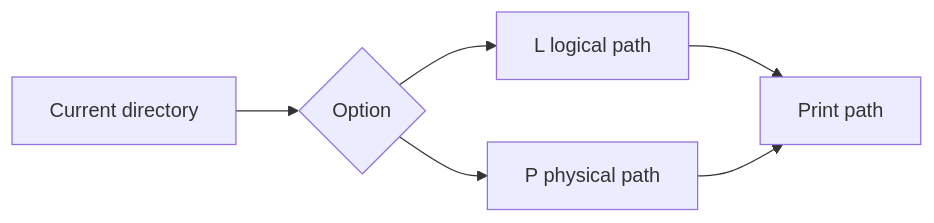
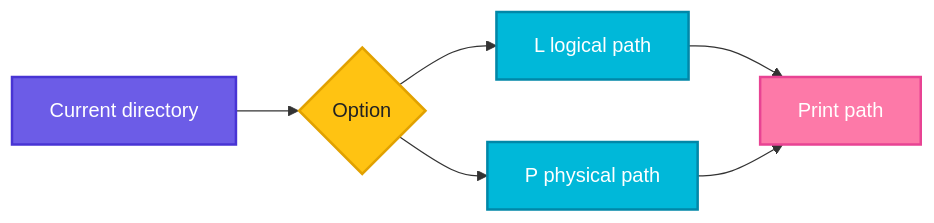
Before and after one commit to codeKerdosTech/DevOps-Documentation: the diagram in linux/file-management/pwd.md, drawn with Mermaid. The commit also changed 16 other files, not shown here.

````diff
--- a/linux/file-management/pwd.md
+++ b/linux/file-management/pwd.md
@@ -14,8 +14,19 @@
 ```mermaid
 flowchart LR
     A[Current directory] --> B{Option}
     B --> C[L logical path]
     B --> D[P physical path]
     C --> E[Print path]
     D --> E
+    classDef start fill:#6C5CE7,stroke:#4834D4,stroke-width:2px,color:#fff
+    classDef proc fill:#00B8D9,stroke:#0087A8,stroke-width:2px,color:#fff
+    classDef dec fill:#FFC312,stroke:#E1A100,stroke-width:2px,color:#222
+    classDef ok fill:#2ECC71,stroke:#1E8449,stroke-width:2px,color:#fff
+    classDef err fill:#FF4757,stroke:#C0392B,stroke-width:2px,color:#fff
+    classDef out fill:#FD79A8,stroke:#E84393,stroke-width:2px,color:#fff
+    classDef alt fill:#FF9F43,stroke:#E67E22,stroke-width:2px,color:#fff
+    class A start
+    class B dec
+    class C,D proc
+    class E out
 ```
````
